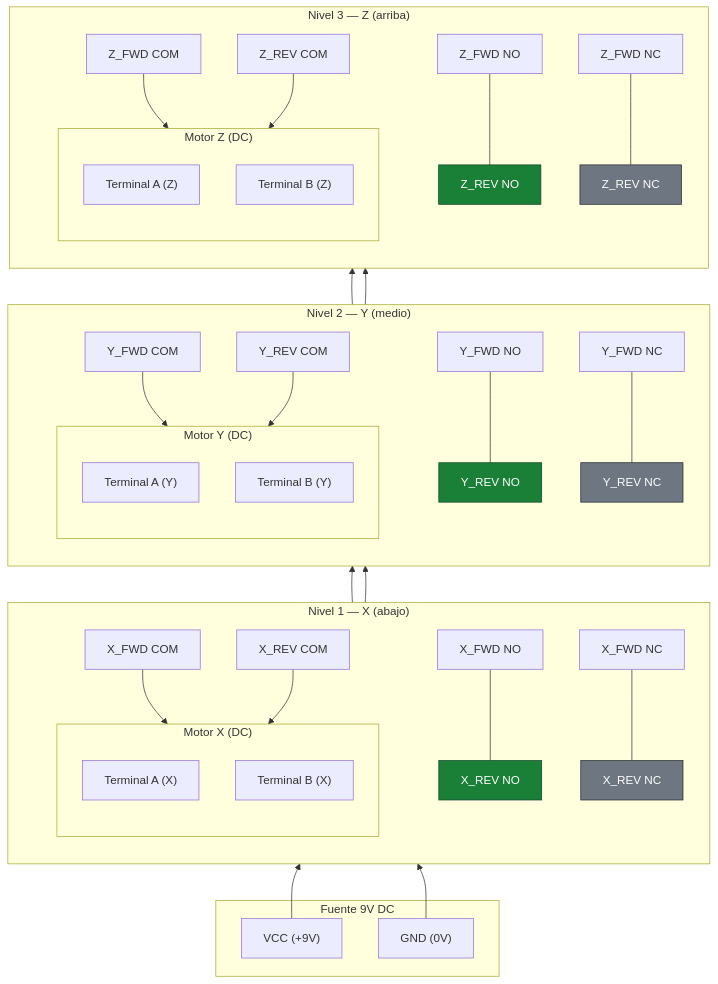
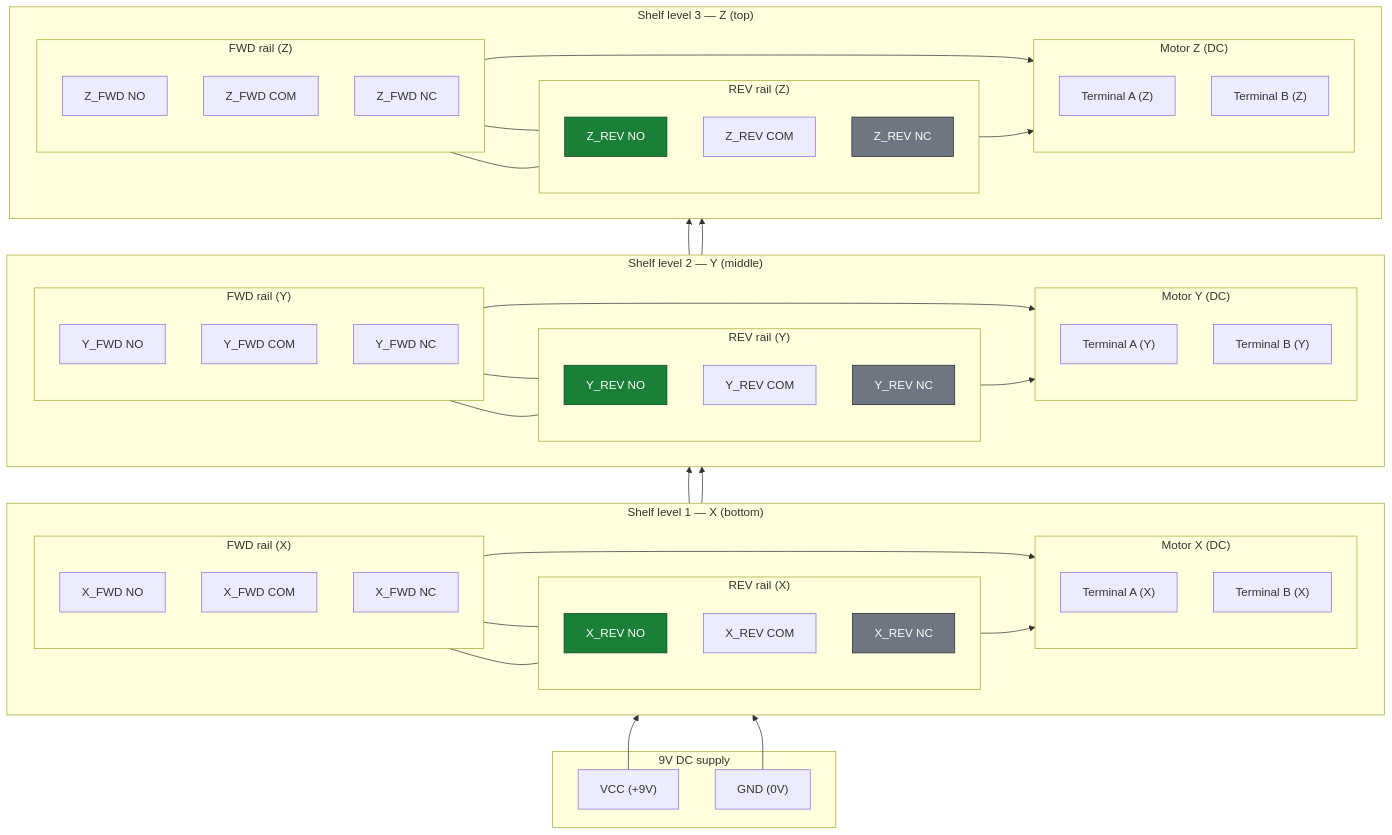
Before and after one commit to SB-312/Proyecto-Intermedio-IIoT: the diagram in README.md, drawn with Mermaid.

````diff
--- a/README.md
+++ b/README.md
@@ -7,100 +7,104 @@
 
 flowchart BT
 
-%% ========= ALIMENTACIÓN (sólo alimenta al NIVEL 1) =========
-subgraph PSU["Fuente 9V DC"]
+%% === PSU (feeds Level X only) ===
+subgraph PSU["9V DC supply"]
   VCC0["VCC (+9V)"]
   GND0["GND (0V)"]
 end
 
-%% ================= NIVEL 3 — Z (arriba) =================
-subgraph N3["Nivel 3 — Z (arriba)"]
-  direction TB
-  Z_REV_NO["Z_REV NO"]:::vcc
-  Z_REV_NC["Z_REV NC"]:::gnd
-
-  Z_FWD_NO["Z_FWD NO"]
-  Z_FWD_NC["Z_FWD NC"]
-
-  Z_FWD_COM["Z_FWD COM"]
-  Z_REV_COM["Z_REV COM"]
-
-  subgraph MZ["Motor Z (DC)"]
+%% === LEVEL 3 — Z (top) ===
+subgraph L3["Shelf level 3 — Z (top)"]
+  direction LR
+  subgraph ZREV["REV rail (Z)"]
+    direction TB
+    Z_REV_NO["Z_REV NO"]
+    Z_REV_COM["Z_REV COM"]
+    Z_REV_NC["Z_REV NC"]
+  end
+  subgraph ZFWD["FWD rail (Z)"]
+    direction TB
+    Z_FWD_NO["Z_FWD NO"]
+    Z_FWD_COM["Z_FWD COM"]
+    Z_FWD_NC["Z_FWD NC"]
+  end
+  subgraph ZM["Motor Z (DC)"]
     direction TB
     Z_A["Terminal A (Z)"]
     Z_B["Terminal B (Z)"]
   end
-
-  %% Adelante toma del Reversa del MISMO nivel (mini-nodo local)
+  %% FWD takes from REV at same level
   Z_FWD_NO --- Z_REV_NO
   Z_FWD_NC --- Z_REV_NC
-
-  %% COM -> motor
+  %% COMs to motor
   Z_FWD_COM --> Z_A
   Z_REV_COM --> Z_B
 end
 
-%% ================= NIVEL 2 — Y (medio) =================
-subgraph N2["Nivel 2 — Y (medio)"]
-  direction TB
-  Y_REV_NO["Y_REV NO"]:::vcc
-  Y_REV_NC["Y_REV NC"]:::gnd
-
-  Y_FWD_NO["Y_FWD NO"]
-  Y_FWD_NC["Y_FWD NC"]
-
-  Y_FWD_COM["Y_FWD COM"]
-  Y_REV_COM["Y_REV COM"]
-
-  subgraph MY["Motor Y (DC)"]
+%% === LEVEL 2 — Y (middle) ===
+subgraph L2["Shelf level 2 — Y (middle)"]
+  direction LR
+  subgraph YREV["REV rail (Y)"]
+    direction TB
+    Y_REV_NO["Y_REV NO"]
+    Y_REV_COM["Y_REV COM"]
+    Y_REV_NC["Y_REV NC"]
+  end
+  subgraph YFWD["FWD rail (Y)"]
+    direction TB
+    Y_FWD_NO["Y_FWD NO"]
+    Y_FWD_COM["Y_FWD COM"]
+    Y_FWD_NC["Y_FWD NC"]
+  end
+  subgraph YM["Motor Y (DC)"]
     direction TB
     Y_A["Terminal A (Y)"]
     Y_B["Terminal B (Y)"]
   end
-
   Y_FWD_NO --- Y_REV_NO
   Y_FWD_NC --- Y_REV_NC
-
   Y_FWD_COM --> Y_A
   Y_REV_COM --> Y_B
 end
 
-%% ================= NIVEL 1 — X (abajo) =================
-subgraph N1["Nivel 1 — X (abajo)"]
-  direction TB
-  X_REV_NO["X_REV NO"]:::vcc
-  X_REV_NC["X_REV NC"]:::gnd
-
-  X_FWD_NO["X_FWD NO"]
-  X_FWD_NC["X_FWD NC"]
-
-  X_FWD_COM["X_FWD COM"]
-  X_REV_COM["X_REV COM"]
-
-  subgraph MX["Motor X (DC)"]
+%% === LEVEL 1 — X (bottom) ===
+subgraph L1["Shelf level 1 — X (bottom)"]
+  direction LR
+  subgraph XREV["REV rail (X)"]
+    direction TB
+    X_REV_NO["X_REV NO"]
+    X_REV_COM["X_REV COM"]
+    X_REV_NC["X_REV NC"]
+  end
+  subgraph XFWD["FWD rail (X)"]
+    direction TB
+    X_FWD_NO["X_FWD NO"]
+    X_FWD_COM["X_FWD COM"]
+    X_FWD_NC["X_FWD NC"]
+  end
+  subgraph XM["Motor X (DC)"]
     direction TB
     X_A["Terminal A (X)"]
     X_B["Terminal B (X)"]
   end
-
   X_FWD_NO --- X_REV_NO
   X_FWD_NC --- X_REV_NC
-
   X_FWD_COM --> X_A
   X_REV_COM --> X_B
 end
 
-%% ========= ALIMENTACIÓN → NIVEL 1 =========
+%% === PSU → Level X only; then VCC/GND climb on the REV side ===
 VCC0 --> X_REV_NO
 GND0 --> X_REV_NC
-
-%% ========= ELEVADOR VERTICAL (por el lado REVERSA) =========
 X_REV_NO --> Y_REV_NO --> Z_REV_NO
 X_REV_NC --> Y_REV_NC --> Z_REV_NC
 
-%% ========= ESTILOS OPCIONALES =========
-classDef vcc fill:#1a7f37,stroke:#0e4429,color:#ffffff;
-classDef gnd fill:#6e7781,stroke:#24292f,color:#ffffff;
+%% === Optional node styling for quick orientation ===
+classDef vcc fill:#1a7f37,stroke:#0e4429,color:#fff;
+classDef gnd fill:#6e7781,stroke:#24292f,color:#fff;
+class X_REV_NO,Y_REV_NO,Z_REV_NO vcc;
+class X_REV_NC,Y_REV_NC,Z_REV_NC gnd;
+
 
 
 ```
````
